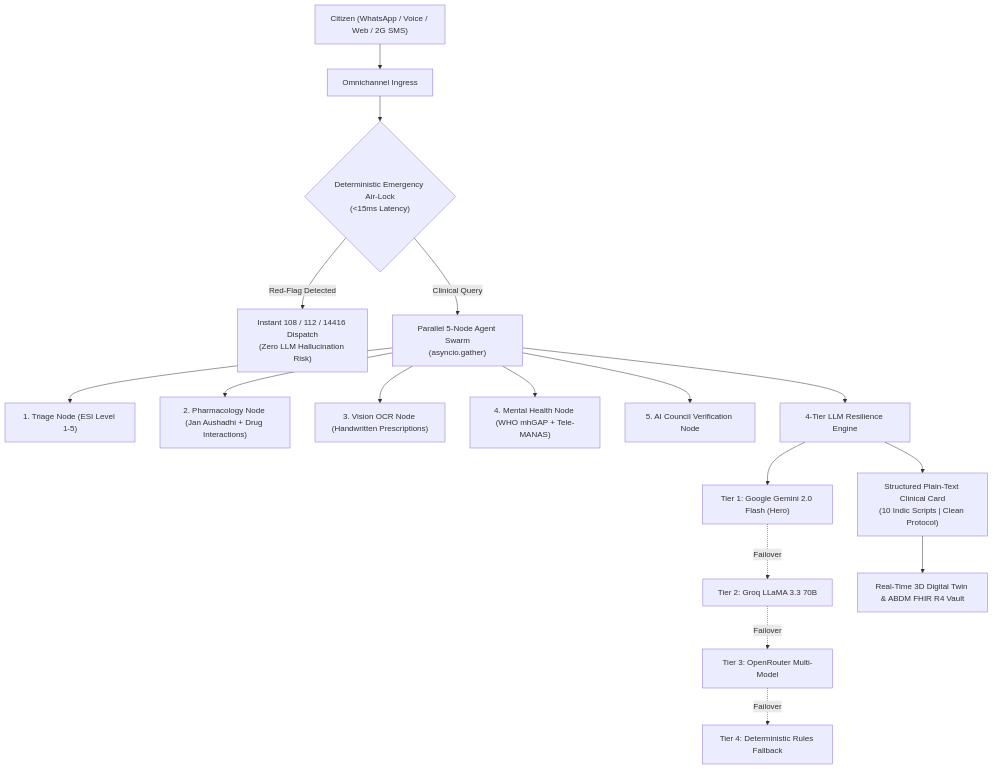
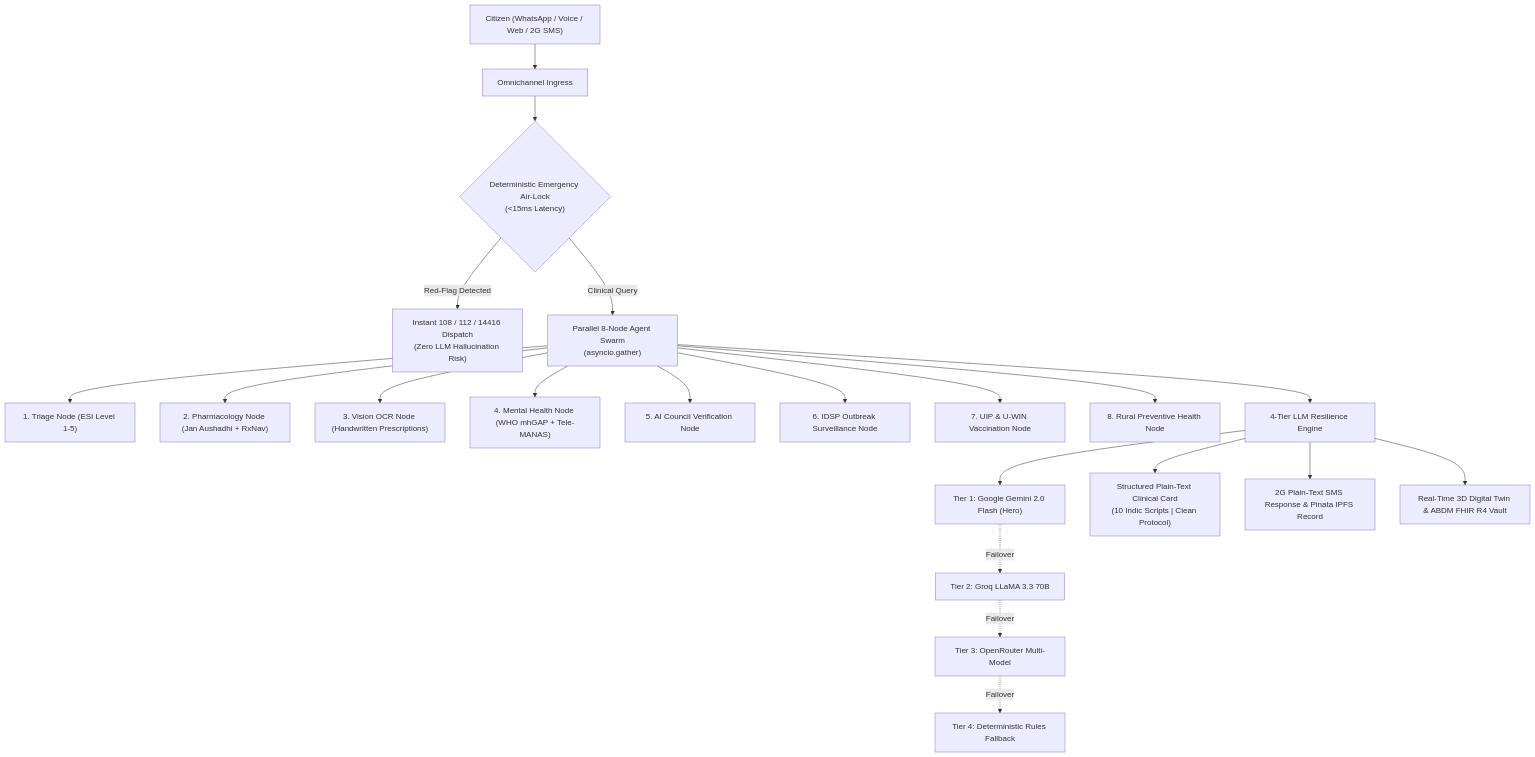
The first of 8 diagrams in README.md (Rachit-Tiwari-7/SYNAPSE-OS), drawn with Mermaid before and after one commit. The commit also changed other lines of this file and 3 other files, not shown here.

Commit message:
docs: expand 8-node swarm architecture, public health APIs, and clinical benchmarks

````diff
--- a/README.md
+++ b/README.md
@@ -78,23 +78,27 @@
 ```mermaid
 graph TD
     User["Citizen (WhatsApp / Voice / Web / 2G SMS)"] --> Gateway["Omnichannel Ingress"]
     Gateway --> Safety{"Deterministic Emergency Air-Lock<br/>(<15ms Latency)"}
     
     Safety -->|Red-Flag Detected| FastTrack["Instant 108 / 112 / 14416 Dispatch<br/>(Zero LLM Hallucination Risk)"]
     
-    Safety -->|Clinical Query| Swarm["Parallel 5-Node Agent Swarm<br/>(asyncio.gather)"]
+    Safety -->|Clinical Query| Swarm["Parallel 8-Node Agent Swarm<br/>(asyncio.gather)"]
     Swarm --> Triage["1. Triage Node (ESI Level 1-5)"]
-    Swarm --> Pharm["2. Pharmacology Node (Jan Aushadhi + Drug Interactions)"]
+    Swarm --> Pharm["2. Pharmacology Node (Jan Aushadhi + RxNav)"]
     Swarm --> OCR["3. Vision OCR Node (Handwritten Prescriptions)"]
     Swarm --> Mental["4. Mental Health Node (WHO mhGAP + Tele-MANAS)"]
     Swarm --> Verifier["5. AI Council Verification Node"]
+    Swarm --> Outbreak["6. IDSP Outbreak Surveillance Node"]
+    Swarm --> Vaccine["7. UIP & U-WIN Vaccination Node"]
+    Swarm --> Prevent["8. Rural Preventive Health Node"]
     
     Swarm --> Cascade["4-Tier LLM Resilience Engine"]
     Cascade --> Gemini["Tier 1: Google Gemini 2.0 Flash (Hero)"]
     Gemini -.->|Failover| Groq["Tier 2: Groq LLaMA 3.3 70B"]
     Groq -.->|Failover| OpenRouter["Tier 3: OpenRouter Multi-Model"]
     OpenRouter -.->|Failover| Mock["Tier 4: Deterministic Rules Fallback"]
     
     Cascade --> Out["Structured Plain-Text Clinical Card<br/>(10 Indic Scripts | Clean Protocol)"]
-    Out --> Twin["Real-Time 3D Digital Twin & ABDM FHIR R4 Vault"]
+    Cascade --> SMS["2G Plain-Text SMS Response & Pinata IPFS Record"]
+    Cascade --> Twin["Real-Time 3D Digital Twin & ABDM FHIR R4 Vault"]
 ```
````
